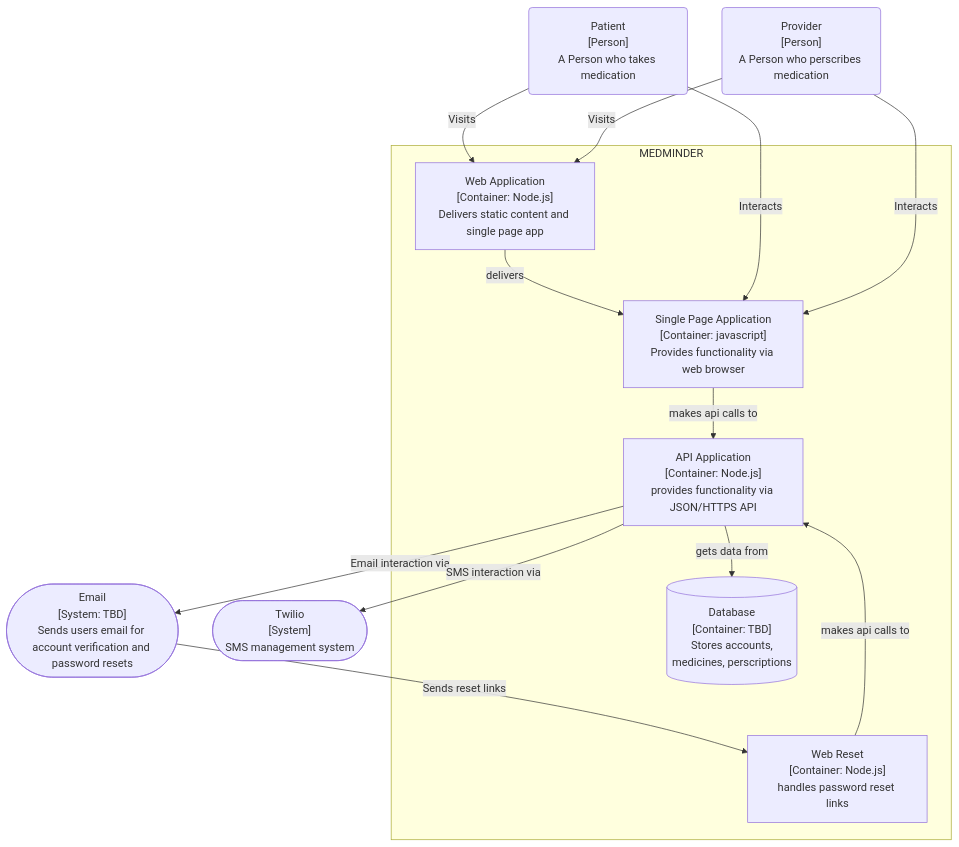
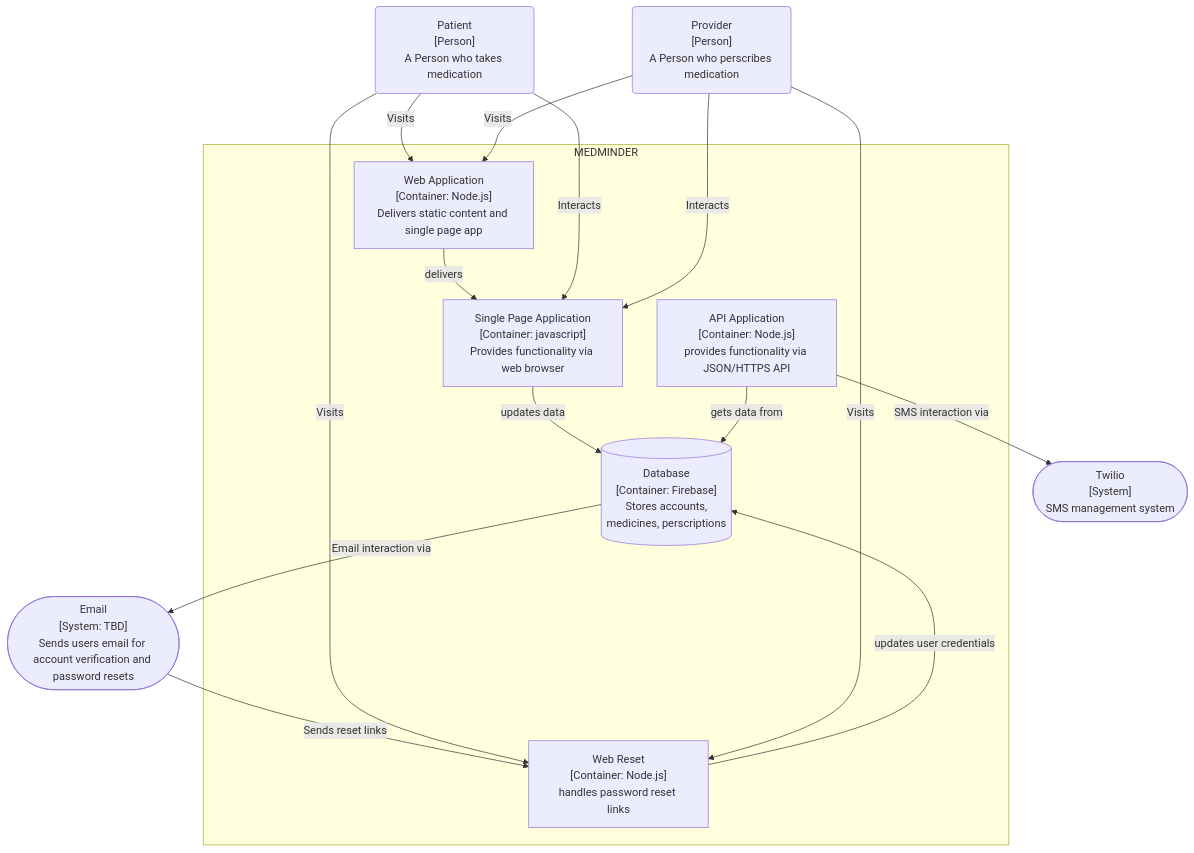
One commit to nop0x0f/COSC412_team1 changed the second of 7 diagrams in design/C4diagrams.md. Above: the diagram before and after it, drawn with Mermaid. The commit also changed other lines of this file and 7 other files, not shown here.

Commit message:
updated c4 diagram framing appointment checker

````diff
--- a/design/C4diagrams.md
+++ b/design/C4diagrams.md
@@ -29,25 +29,27 @@
 ```mermaid
 flowchart TB
 Patient("Patient<br/>[Person]<br/>A Person who takes medication")
 Provider("Provider<br/>[Person]<br/>A Person who perscribes medication")
 Twilio(["Twilio<br/>[System]<br/>SMS management system"])
 Email(["Email<br/>[System: TBD]<br/>Sends users email for account verification and password resets"])
  subgraph MEDMINDER
     reset["Web Reset<br/>[Container: Node.js]<br/>handles password reset links"]
     web["Web Application<br/>[Container: Node.js]<br/>Delivers static content and single page app"]
     single["Single Page Application<br/>[Container: javascript]<br/>Provides functionality via web browser"]
     api["API Application<br/>[Container: Node.js]<br/>provides functionality via JSON/HTTPS API"]
-    db[("Database<br/>[Container: TBD]<br/>Stores accounts,<br/>medicines, perscriptions")]
+    db[("Database<br/>[Container: Firebase]<br/>Stores accounts,<br/>medicines, perscriptions")]
     web --> |"delivers"| single
-    single --> |"makes api calls to"| api
-    reset --> |"makes api calls to"| api
+    single --> |"updates data"| db
+    reset --> |"updates user credentials"| db
     api --> |"gets data from"| db
  end
 Email --> |"Sends reset links"| reset
-api --> |"Email interaction via"| Email
+db --> |"Email interaction via"| Email
 api --> |"SMS interaction via"| Twilio
 Patient --> |"Visits"| web
+Patient --> |"Visits"| reset
 Provider --> |"Visits"| web
+Provider --> |"Visits"| reset
 Patient --> |"Interacts"| single
 Provider --> |"Interacts"| single
 ```
````
